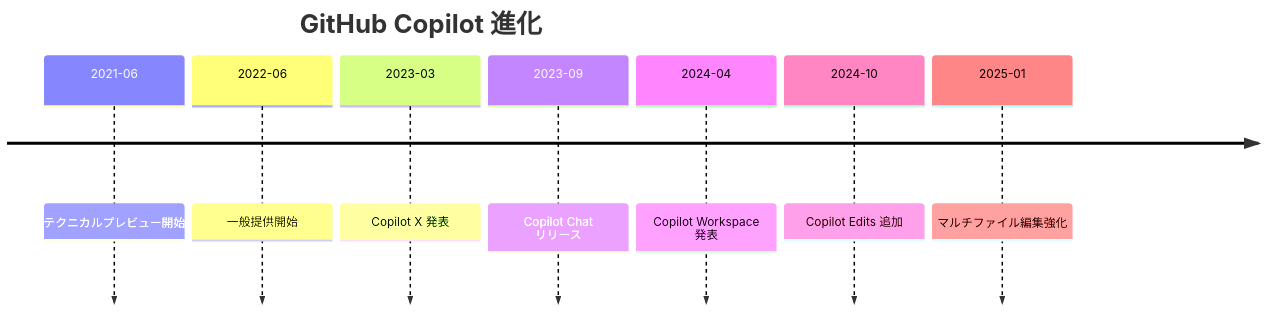
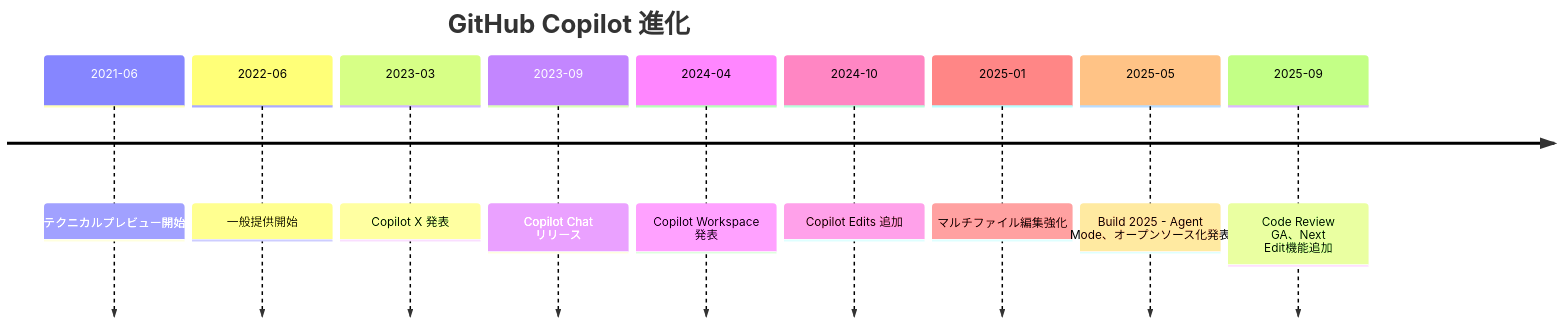
The seventh of 16 diagrams in 04_Microsoft.md (t2k2pp/ccw_book001), drawn with Mermaid before and after one commit. The commit also changed other lines of this file and 4 other files, not shown here.

````diff
--- a/04_Microsoft.md
+++ b/04_Microsoft.md
@@ -208,11 +208,13 @@
 ```mermaid
 timeline
     title GitHub Copilot 進化
     2021-06 : テクニカルプレビュー開始
     2022-06 : 一般提供開始
     2023-03 : Copilot X 発表
     2023-09 : Copilot Chat リリース
     2024-04 : Copilot Workspace 発表
     2024-10 : Copilot Edits 追加
     2025-01 : マルチファイル編集強化
+    2025-05 : Build 2025 - Agent Mode、オープンソース化発表
+    2025-09 : Code Review GA、Next Edit機能追加
 ```
````
